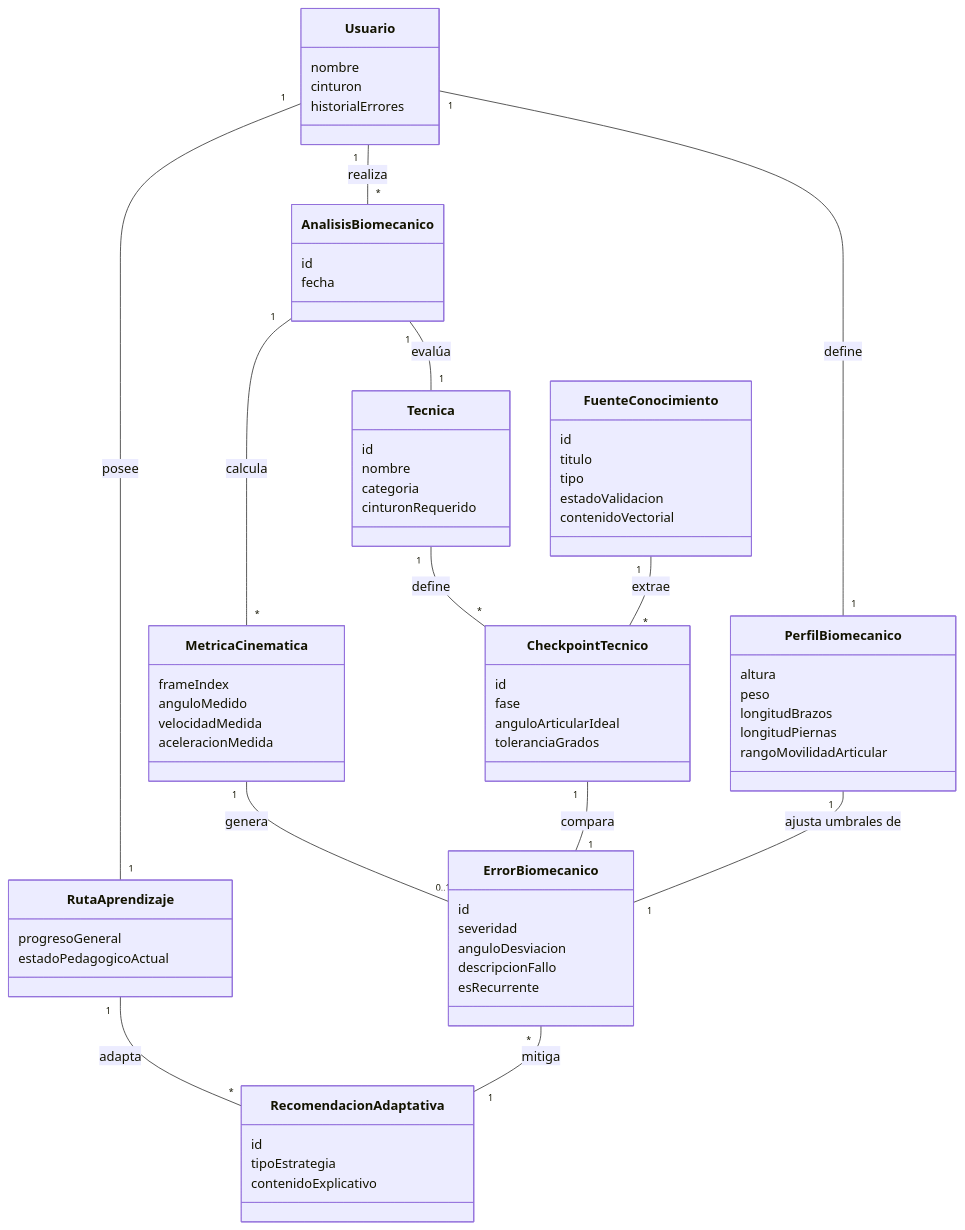
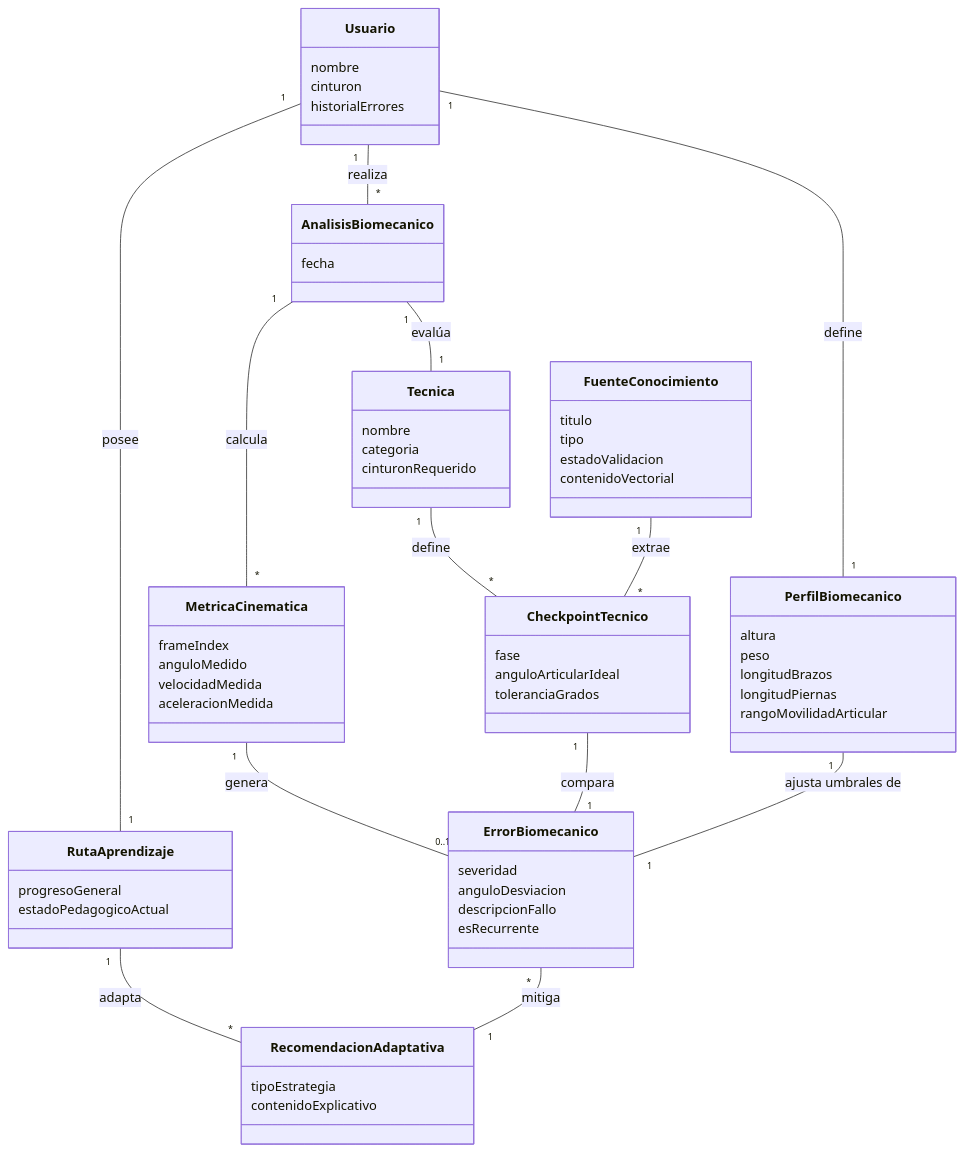
The first of 4 diagrams in README.md (Tsmrain/Documentacion), drawn with Mermaid before and after one commit.

Commit message:
refactor: remove redundant id fields from domain model classes in documentation diagram

````diff
--- a/README.md
+++ b/README.md
@@ -370,73 +370,67 @@
 ```mermaid
 classDiagram
     class Usuario {
         nombre
         cinturon
         historialErrores
     }
     class PerfilBiomecanico {
         altura
         peso
         longitudBrazos
         longitudPiernas
         rangoMovilidadArticular
     }
     class Tecnica {
-        id
         nombre
         categoria
         cinturonRequerido
     }
     class FuenteConocimiento {
-        id
         titulo
         tipo
         estadoValidacion
         contenidoVectorial
     }
     class CheckpointTecnico {
-        id
         fase
         anguloArticularIdeal
         toleranciaGrados
     }
     class AnalisisBiomecanico {
-        id
         fecha
     }
     class MetricaCinematica {
         frameIndex
         anguloMedido
         velocidadMedida
         aceleracionMedida
     }
     class ErrorBiomecanico {
-        id
         severidad
         anguloDesviacion
         descripcionFallo
         esRecurrente
     }
     class RutaAprendizaje {
         progresoGeneral
         estadoPedagogicoActual
     }
     class RecomendacionAdaptativa {
-        id
         tipoEstrategia
         contenidoExplicativo
     }
 
     Usuario "1" -- "1" RutaAprendizaje : posee
     Usuario "1" -- "1" PerfilBiomecanico : define
     RutaAprendizaje "1" -- "*" RecomendacionAdaptativa : adapta
     Usuario "1" -- "*" AnalisisBiomecanico : realiza
     AnalisisBiomecanico "1" -- "1" Tecnica : evalúa
     Tecnica "1" -- "*" CheckpointTecnico : define
     FuenteConocimiento "1" -- "*" CheckpointTecnico : extrae
     AnalisisBiomecanico "1" -- "*" MetricaCinematica : calcula
     MetricaCinematica "1" -- "0..1" ErrorBiomecanico : genera
     CheckpointTecnico "1" -- "1" ErrorBiomecanico : compara
     PerfilBiomecanico "1" -- "1" ErrorBiomecanico : ajusta umbrales de
     ErrorBiomecanico "*" -- "1" RecomendacionAdaptativa : mitiga
 ```
````
